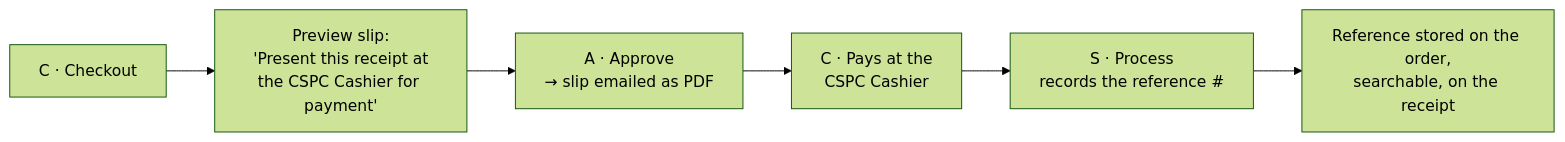
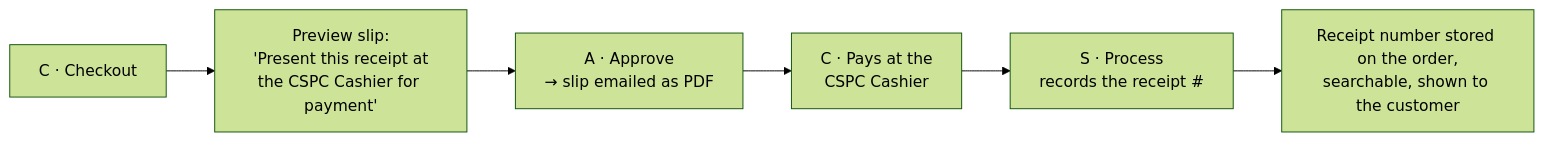
One commit to genuwin14/FabLab changed the fifth of 6 diagrams in backend/docs/UserGuide/SystemProcess.md. Above: the diagram before and after it, drawn with Mermaid (forest theme). The commit also changed other lines of this file and 17 other files, not shown here.

First line of the commit message:
feat(orders): call the payment reference the receipt number, and show it to the customer

````diff
--- a/backend/docs/UserGuide/SystemProcess.md
+++ b/backend/docs/UserGuide/SystemProcess.md
@@ -479,8 +479,8 @@
 ```mermaid
 flowchart LR
     A["C · Checkout"] --> B["Preview slip:<br/>'Present this receipt at<br/>the CSPC Cashier for payment'"]
     B --> C["A · Approve<br/>→ slip emailed as PDF"]
     C --> D["C · Pays at the<br/>CSPC Cashier"]
-    D --> E["S · Process<br/>records the reference #"]
-    E --> F["Reference stored on the order,<br/>searchable, on the receipt"]
+    D --> E["S · Process<br/>records the receipt #"]
+    E --> F["Receipt number stored on the order,<br/>searchable, shown to the customer"]
 ```
````
